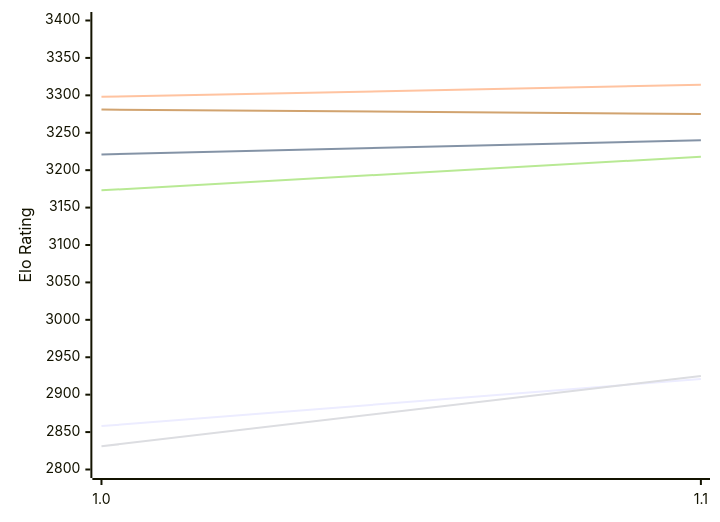
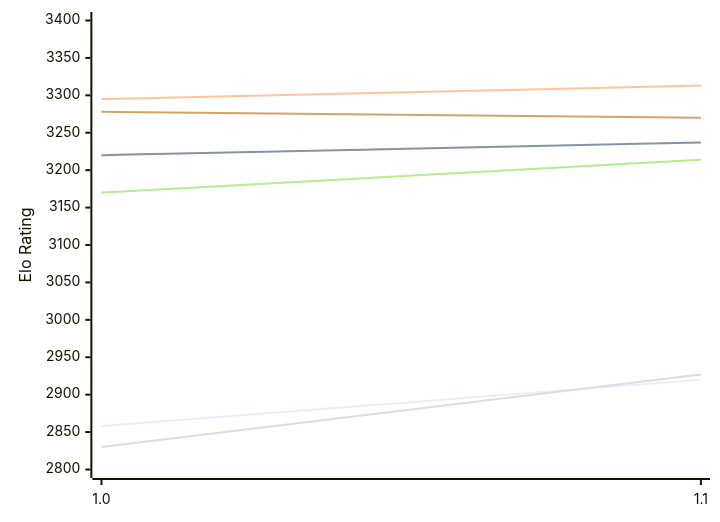
One commit to computer-chess-index/cci changed the first of 2 diagrams in engines/RodentV.md. Above: the diagram before and after it, drawn with Mermaid. The commit also changed other lines of this file, not shown here.

Commit message:
Update CCI Ratings (ELO VLTC) - 2026-11-19

````diff
--- a/engines/RodentV.md
+++ b/engines/RodentV.md
@@ -50,12 +50,12 @@
 ```mermaid
 %%{init: {"theme":"base","themeVariables":{"seriesColors:['#a3a3a3','#222221','#faa371']}}}%%
 xychart-beta
   x-axis ["1.0", "1.1"]
   y-axis "Elo Rating" 2800 --> 3400
-  line "E1: STC (8.0+0.08s)" [2858, 2921]
-  line "E1: LTC (60.0+0.60s)" [3221, 3240]
-  line "E1: VLTC (2m24s+1.12s)" [3298, 3314]
-  line "P1: STC (8.0+0.08s)" [2831, 2925]
-  line "P1: LTC (60.0+0.60s)" [3173, 3218]
-  line "P1: VLTC (2m24s+1.12s)" [3281, 3275]
+  line "E1: STC (8.0+0.08s)" [2858, 2920]
+  line "E1: LTC (60.0+0.60s)" [3220, 3237]
+  line "E1: VLTC (2m24s+1.12s)" [3295, 3313]
+  line "P1: STC (8.0+0.08s)" [2830, 2927]
+  line "P1: LTC (60.0+0.60s)" [3170, 3214]
+  line "P1: VLTC (2m24s+1.12s)" [3278, 3270]
 ```
````
